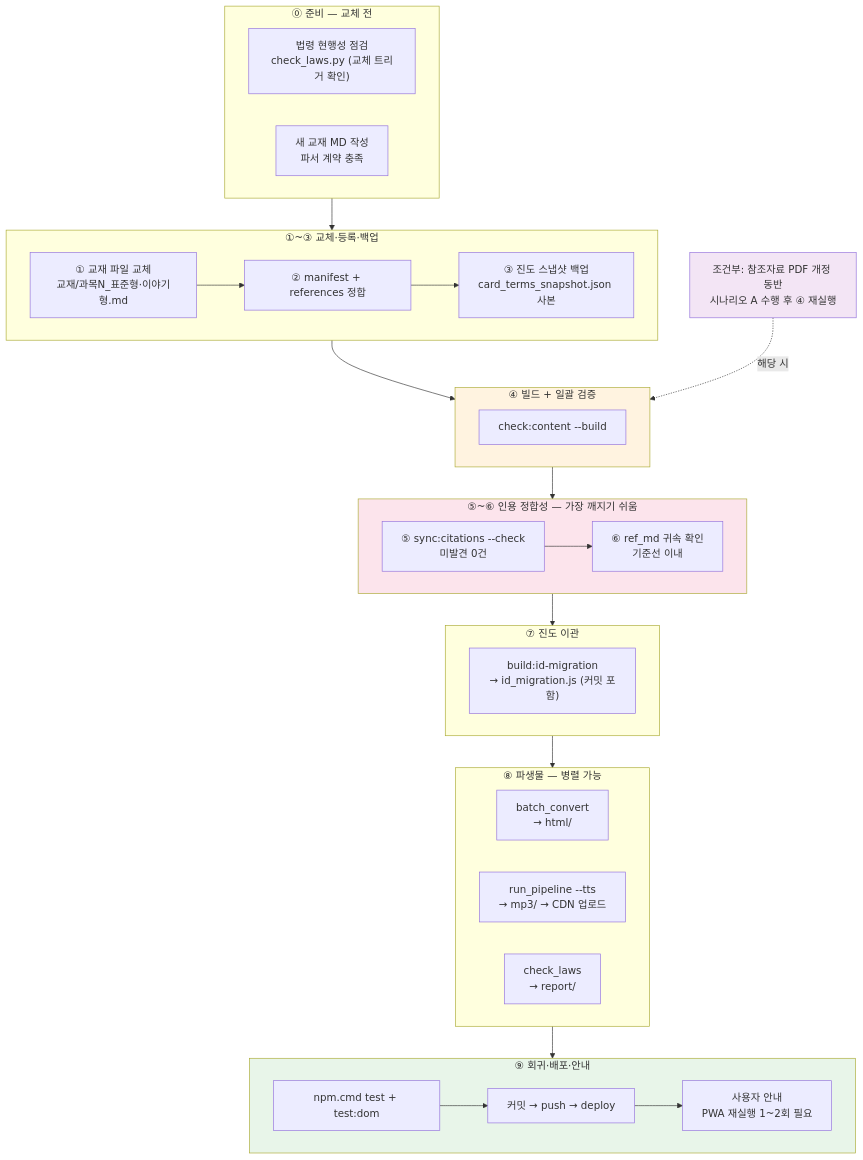
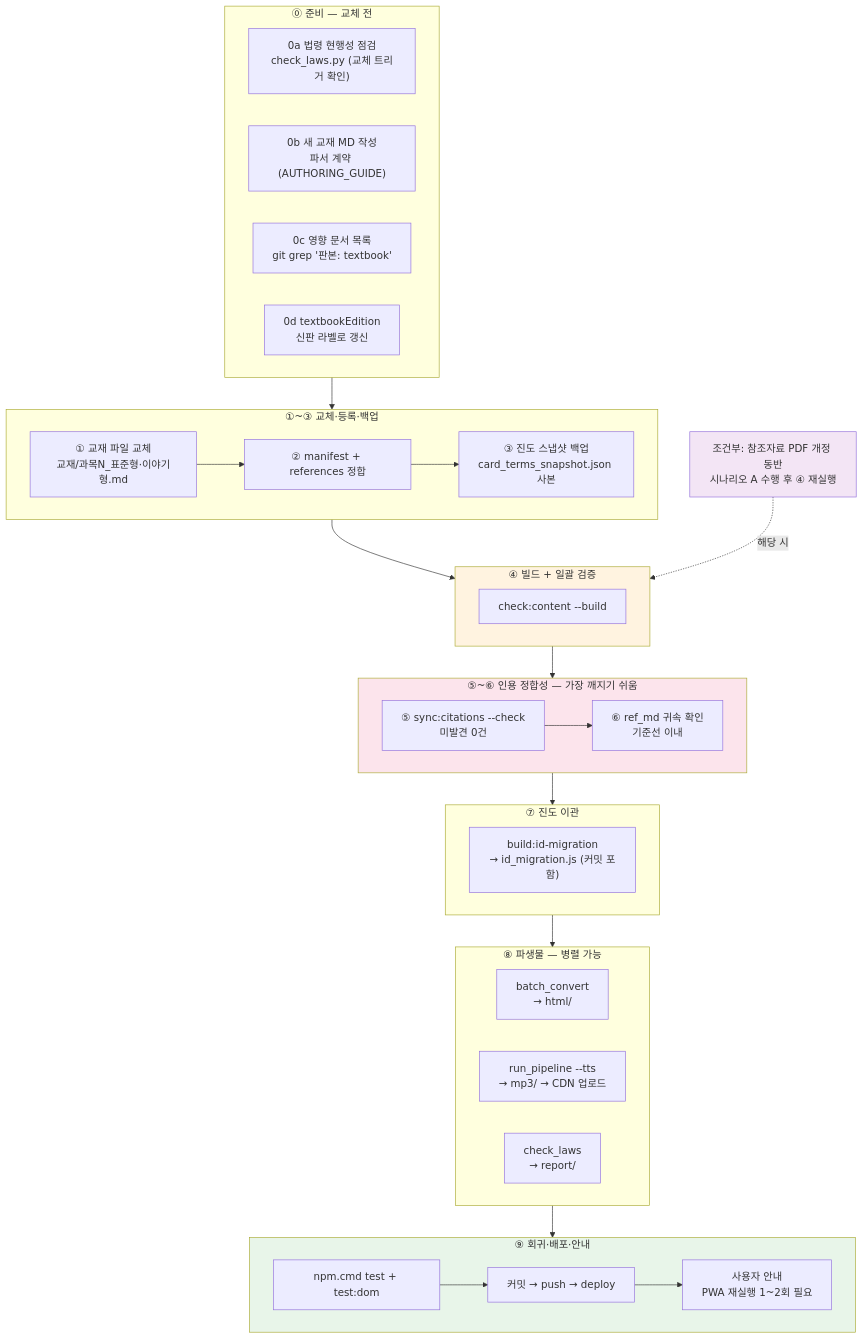
The second of 2 diagrams in docs/dev/runbooks/TEXTBOOK_REPLACEMENT_RUNBOOK.md (skygoldlee-cyber/passory), drawn with Mermaid before and after one commit. The commit also changed other lines of this file and 3 other files, not shown here.

````diff
--- a/docs/dev/runbooks/TEXTBOOK_REPLACEMENT_RUNBOOK.md
+++ b/docs/dev/runbooks/TEXTBOOK_REPLACEMENT_RUNBOOK.md
@@ -16,50 +102,52 @@
 ```mermaid
 flowchart TD
     subgraph P0["⓪ 준비 — 교체 전"]
-        A0a["법령 현행성 점검<br/>check_laws.py (교체 트리거 확인)"]
-        A0b["새 교재 MD 작성<br/>파서 계약 충족"]
+        A0a["0a 법령 현행성 점검<br/>check_laws.py (교체 트리거 확인)"]
+        A0b["0b 새 교재 MD 작성<br/>파서 계약 (AUTHORING_GUIDE)"]
+        A0c["0c 영향 문서 목록<br/>git grep '판본: textbook'"]
+        A0d["0d textbookEdition<br/>신판 라벨로 갱신"]
     end
 
     subgraph P1["①~③ 교체·등록·백업"]
         A1["① 교재 파일 교체<br/>교재/과목N_표준형·이야기형.md"]
         A2["② manifest + references 정합"]
         A3["③ 진도 스냅샷 백업<br/>card_terms_snapshot.json 사본"]
         A1 --> A2 --> A3
     end
 
     subgraph P2["④ 빌드 + 일괄 검증"]
         B1["check:content --build"]
     end
 
     subgraph P3["⑤~⑥ 인용 정합성 — 가장 깨지기 쉬움"]
         C1["⑤ sync:citations --check<br/>미발견 0건"]
         C2["⑥ ref_md 귀속 확인<br/>기준선 이내"]
         C1 --> C2
     end
 
     subgraph P4["⑦ 진도 이관"]
         D1["build:id-migration<br/>→ id_migration.js (커밋 포함)"]
     end
 
     subgraph P5["⑧ 파생물 — 병렬 가능"]
         E1["batch_convert<br/>→ html/"]
         E2["run_pipeline --tts<br/>→ mp3/ → CDN 업로드"]
         E3["check_laws<br/>→ report/"]
     end
 
     subgraph P6["⑨ 회귀·배포·안내"]
         F1["npm.cmd test + test:dom"]
         F2["커밋 → push → deploy"]
         F3["사용자 안내<br/>PWA 재실행 1~2회 필요"]
         F1 --> F2 --> F3
     end
 
     P0 --> P1 --> P2 --> P3 --> P4 --> P5 --> P6
 
     REF["조건부: 참조자료 PDF 개정 동반<br/>시나리오 A 수행 후 ④ 재실행"] -.->|해당 시| P2
 
     style P2 fill:#fff3e0
     style P3 fill:#fce4ec
     style P6 fill:#e8f5e9
     style REF fill:#f3e5f5
 ```
````
